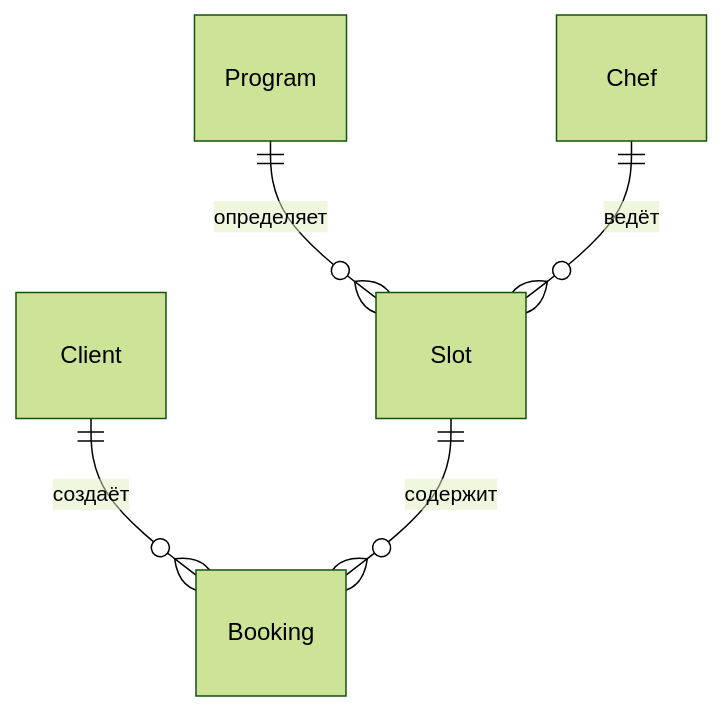
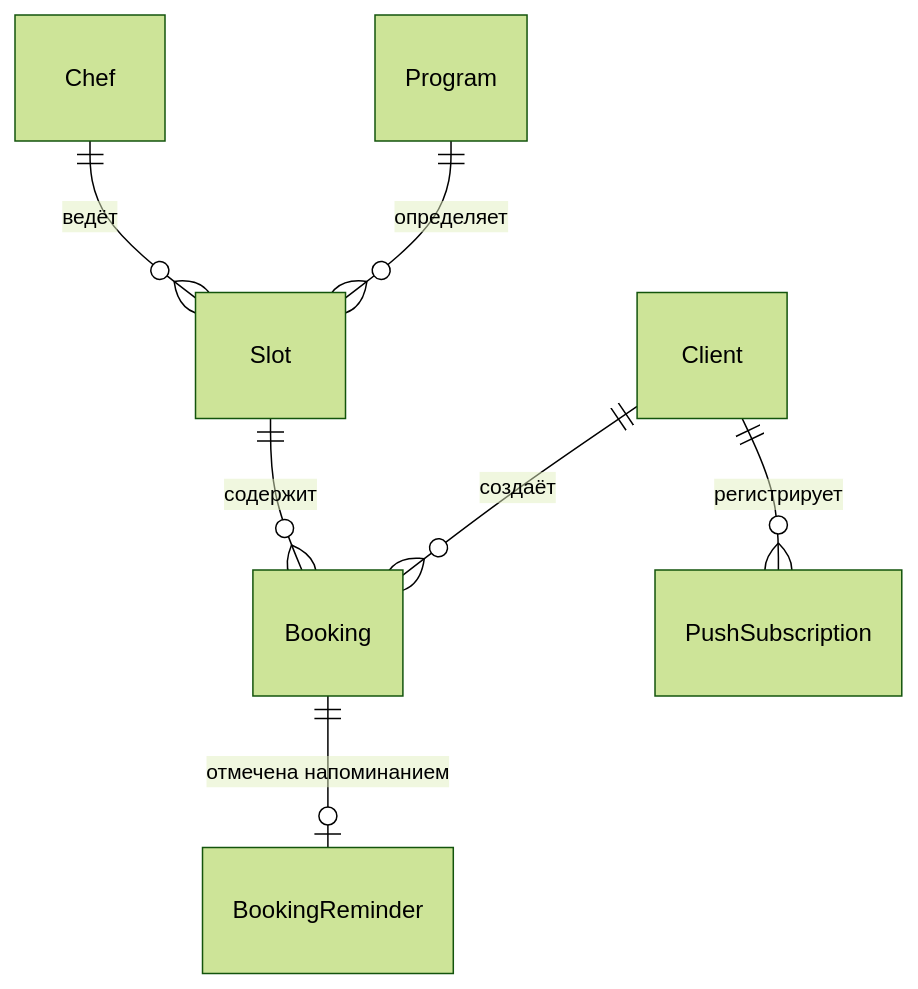
The fourth of 4 diagrams in 6-development/ARCHITECTURE.md (poluroslikm/surf_task2), drawn with Mermaid (forest theme) before and after one commit. The commit also changed other lines of this file and 8 other files, not shown here.

````diff
--- a/6-development/ARCHITECTURE.md
+++ b/6-development/ARCHITECTURE.md
@@ -139,7 +145,9 @@
 ```mermaid
 erDiagram
     Client  ||--o{ Booking : "создаёт"
+    Client  ||--o{ PushSubscription : "регистрирует"
     Slot    ||--o{ Booking : "содержит"
     Program ||--o{ Slot    : "определяет"
     Chef    ||--o{ Slot    : "ведёт"
+    Booking ||--o| BookingReminder : "отмечена напоминанием"
 ```
````
